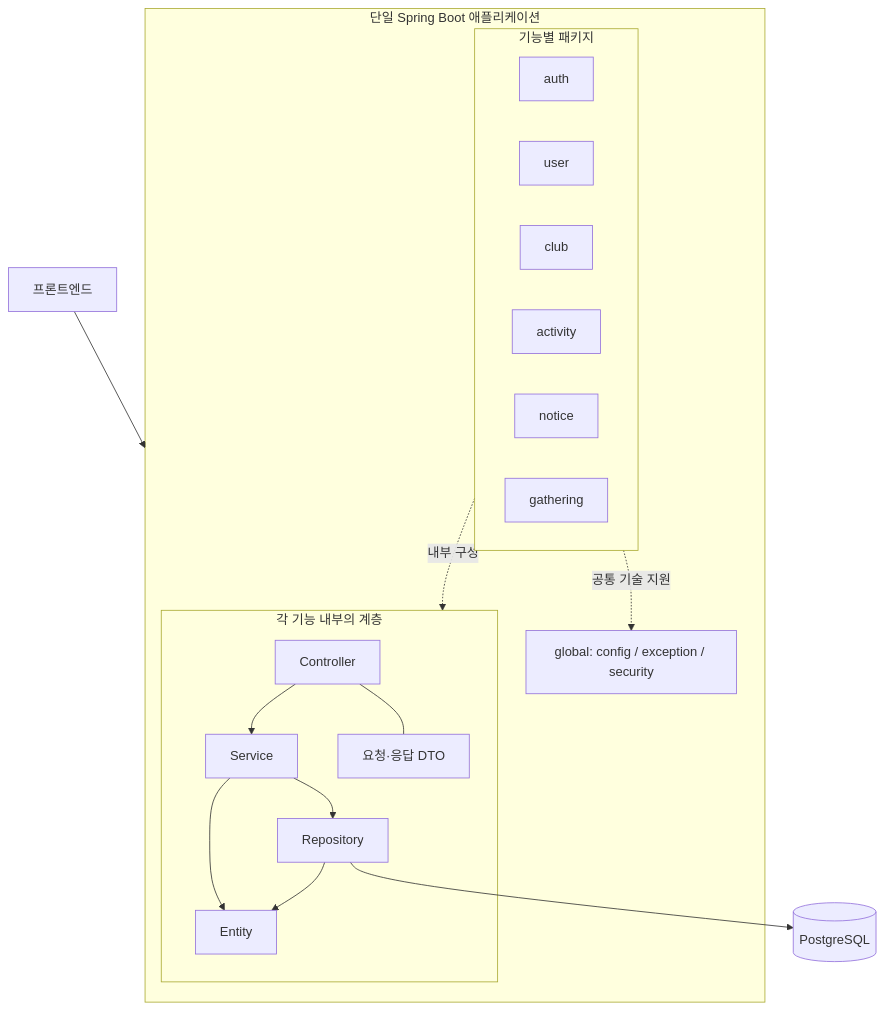
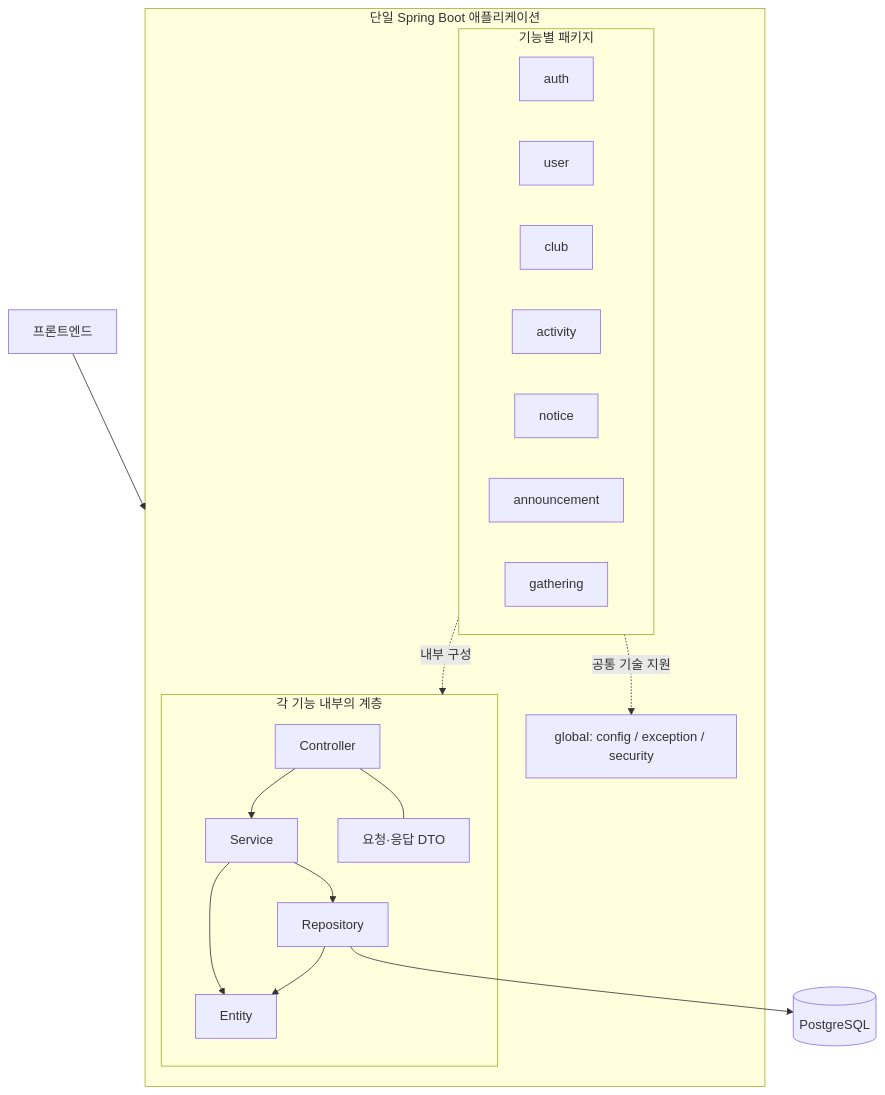
The diagram in docs/architecture.md (42-clubs/42-clubs-BE), drawn with Mermaid before and after one commit. The commit also changed other lines of this file and 33 other files, not shown here.

````diff
--- a/docs/architecture.md
+++ b/docs/architecture.md
@@ -17,25 +17,26 @@
 ```mermaid
 flowchart TB
     Client[프론트엔드] --> API
     subgraph API[단일 Spring Boot 애플리케이션]
         subgraph Features[기능별 패키지]
             Auth[auth]
             User[user]
             Club[club]
             Activity[activity]
             Notice[notice]
+            Announcement[announcement]
             Gathering[gathering]
         end
         subgraph Layers[각 기능 내부의 계층]
             Controller[Controller] --> Service[Service]
             Service --> Repository[Repository]
             Service --> Entity[Entity]
             Repository --> Entity
             Controller --- DTO[요청·응답 DTO]
         end
         Features -. 내부 구성 .-> Layers
         Global[global: config / exception / security]
         Features -. 공통 기술 지원 .-> Global
     end
     Repository --> DB[(PostgreSQL)]
 ```
````
